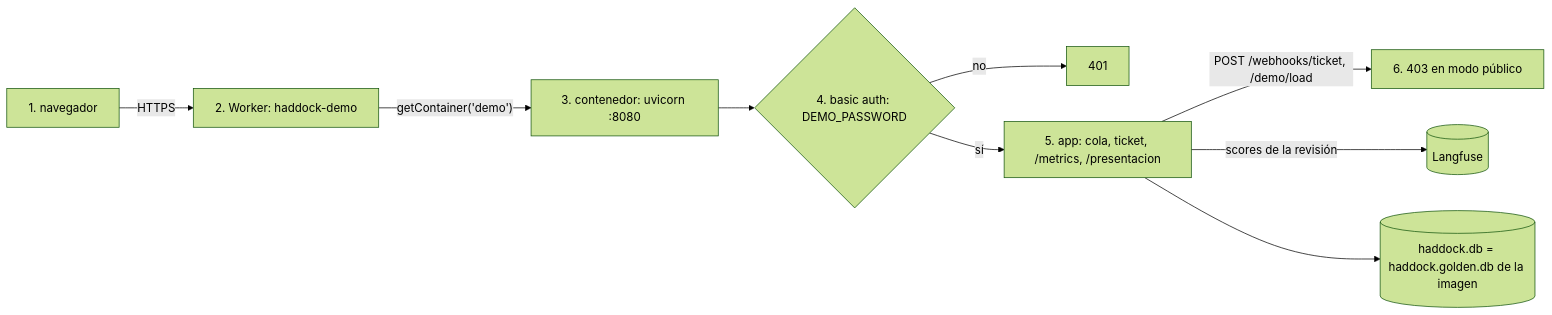
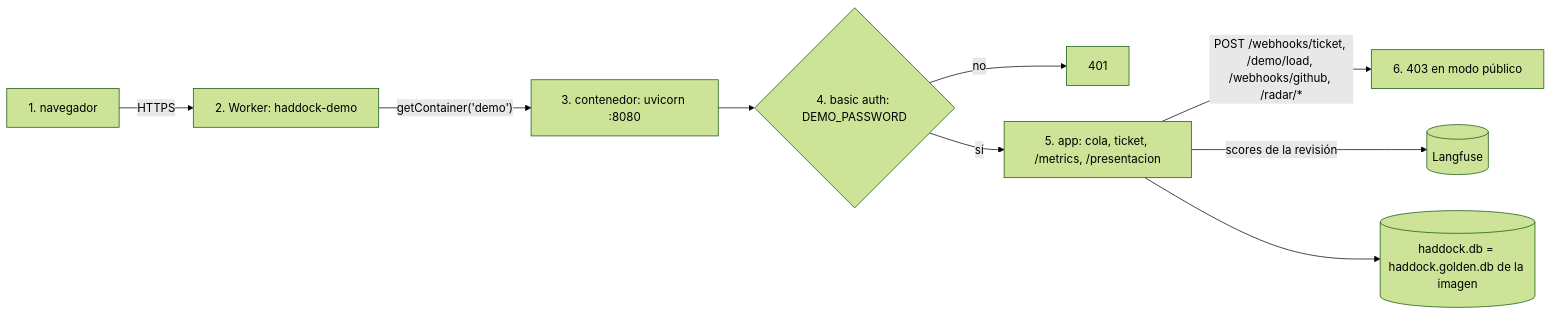
The diagram in docs/specs/deploy.md (SearchingAlpha/haddock-cx-copilot), drawn with Mermaid (forest theme) before and after one commit. The commit also changed other lines of this file and 14 other files, not shown here.

First line of the commit message:
feat(radar): public demo state, live demo ticket, tour and presentation (R5)

````diff
--- a/docs/specs/deploy.md
+++ b/docs/specs/deploy.md
@@ -8,11 +8,11 @@
 ```mermaid
 flowchart LR
     u["1. navegador"] -->|"HTTPS"| w["2. Worker: haddock-demo"]
     w -->|"getContainer('demo')"| c["3. contenedor: uvicorn :8080"]
     c --> a{"4. basic auth: DEMO_PASSWORD"}
     a -->|"no"| r401["401"]
     a -->|"sí"| app["5. app: cola, ticket, /metrics, /presentacion"]
-    app -->|"POST /webhooks/ticket, /demo/load"| r403["6. 403 en modo público"]
+    app -->|"POST /webhooks/ticket, /demo/load, /webhooks/github, /radar/*"| r403["6. 403 en modo público"]
     app -->|"scores de la revisión"| lf[("Langfuse")]
     app --> db[("haddock.db = haddock.golden.db de la imagen")]
 ```
````
